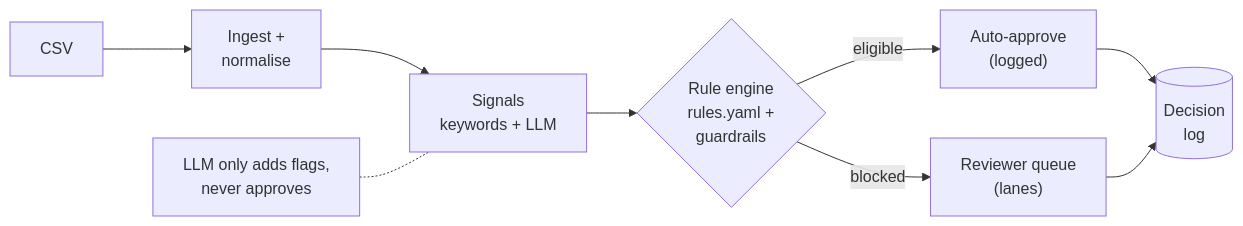
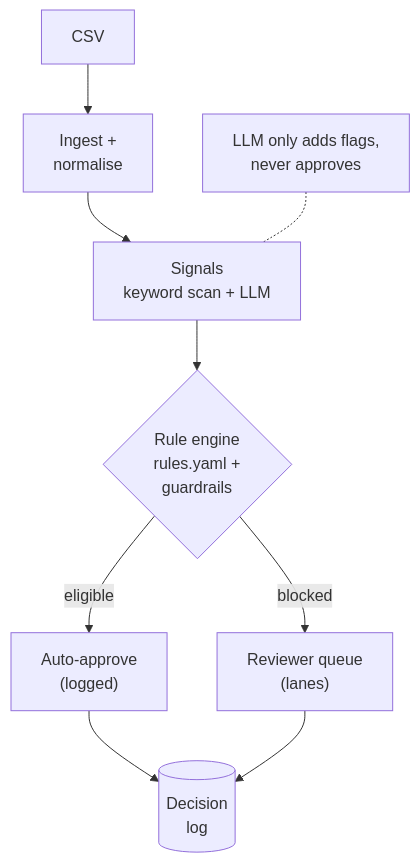
One commit to amitoshita/refund-triage changed the first of 2 diagrams in README.md. Above: the diagram before and after it, drawn with Mermaid.

Commit message:
README: pipeline diagram top-down for readability

````diff
--- a/README.md
+++ b/README.md
@@ -40,11 +40,11 @@
 ```mermaid
-flowchart LR
+flowchart TD
     csv[CSV] --> ingest["Ingest +<br/>normalise"]
-    ingest --> signals["Signals<br/>keywords + LLM"]
+    ingest --> signals["Signals<br/>keyword scan + LLM"]
     signals --> engine{"Rule engine<br/>rules.yaml +<br/>guardrails"}
     engine -->|eligible| auto["Auto-approve<br/>(logged)"]
     engine -->|blocked| queue["Reviewer queue<br/>(lanes)"]
     auto --> log[("Decision<br/>log")]
     queue --> log
     note["LLM only adds flags,<br/>never approves"] -.- signals
 ```
````
